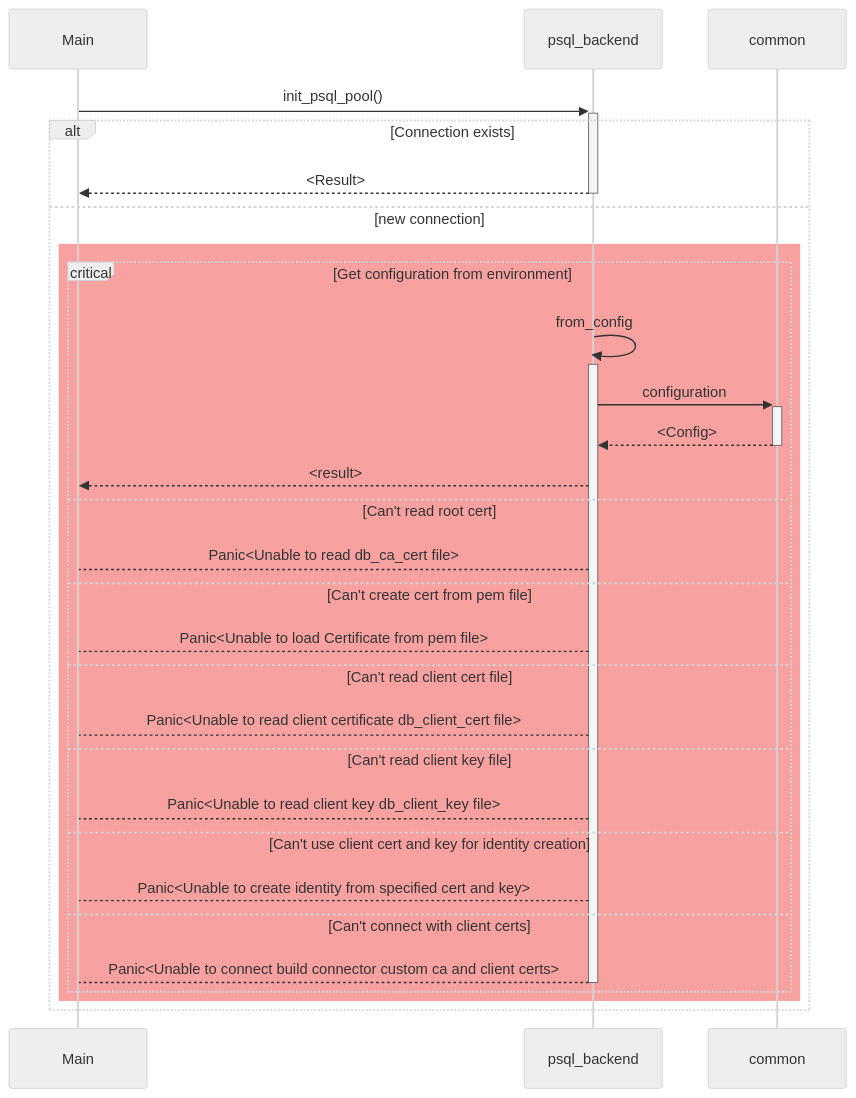
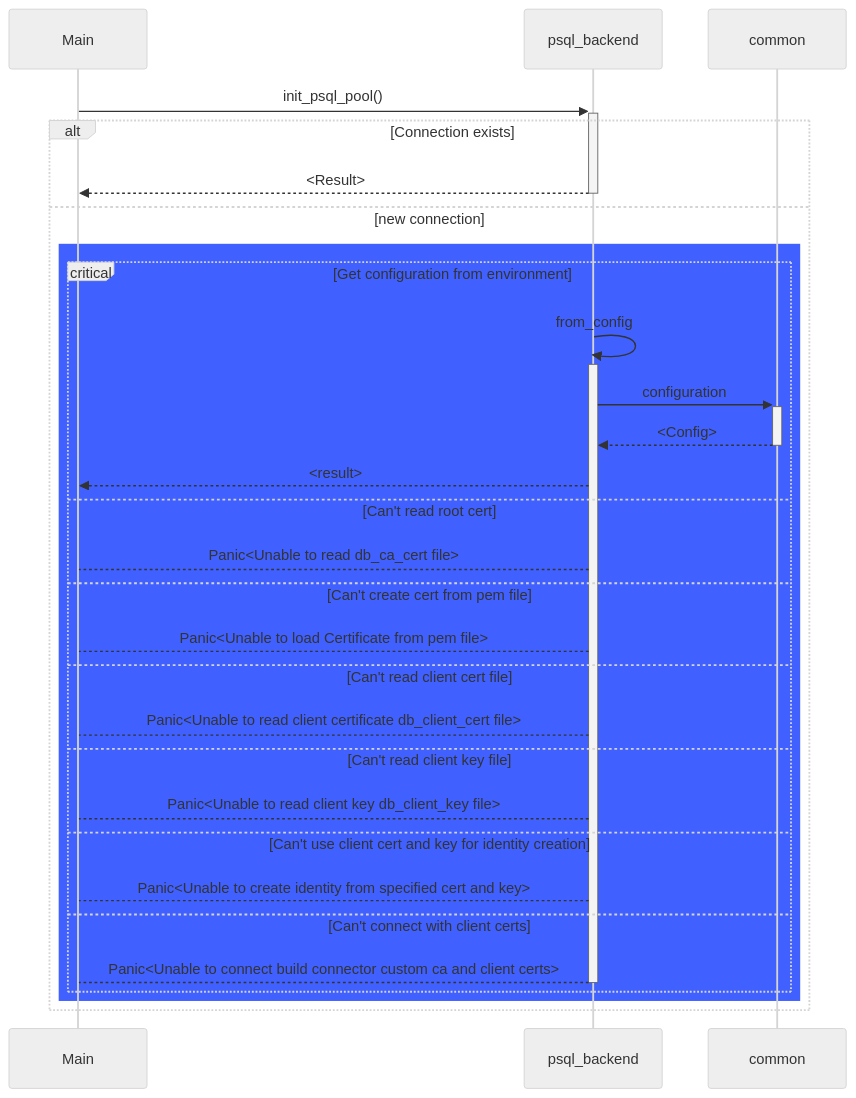
One commit to aetheric-oss/svc-storage changed the first of 13 diagrams in docs/sdd.md. Above: the diagram before and after it, drawn with Mermaid (neutral theme). The commit also changed other lines of this file and 4 other files, not shown here.

````diff
--- a/docs/sdd.md
+++ b/docs/sdd.md
@@ -96,31 +97,31 @@
 ```mermaid
 sequenceDiagram
     participant main as Main
     participant psql as psql_backend
     participant comm as common
     main->>+psql: init_psql_pool()
     alt Connection exists
         psql-->>-main: <Result>
     else new connection
-        rect rgb(247, 161, 161)
+        rect rgb(64,97,255)
             critical Get configuration from environment
                 psql->>+psql: from_config
                 psql->>+comm: configuration
                 comm-->>-psql: <Config>
                 psql-->>main: <result>
             option Can't read root cert
                 psql-->main: Panic<Unable to read db_ca_cert file>
             option Can't create cert from pem file
                 psql-->main: Panic<Unable to load Certificate from pem file>
             option Can't read client cert file
                 psql-->main: Panic<Unable to read client certificate db_client_cert file>
             option Can't read client key file
                 psql-->main: Panic<Unable to read client key db_client_key file>
             option Can't use client cert and key for identity creation
                 psql-->main: Panic<Unable to create identity from specified cert and key>
             option Can't connect with client certs
                 psql-->-main: Panic<Unable to connect build connector custom ca and client certs>
             end
         end
     end
 ```
````
